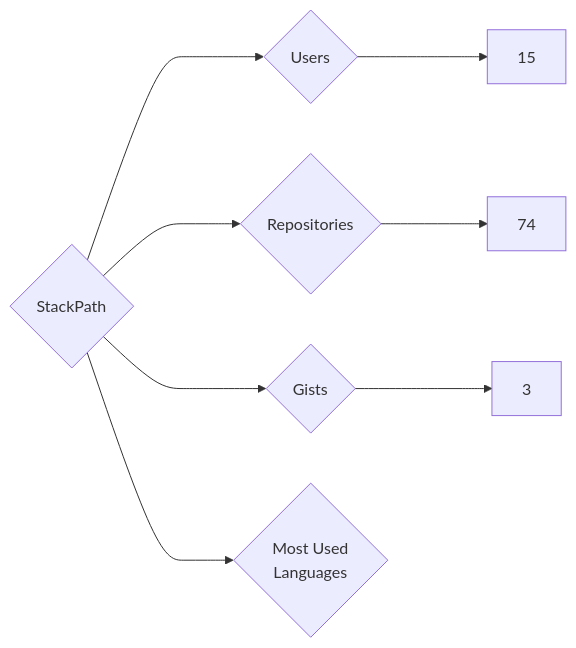
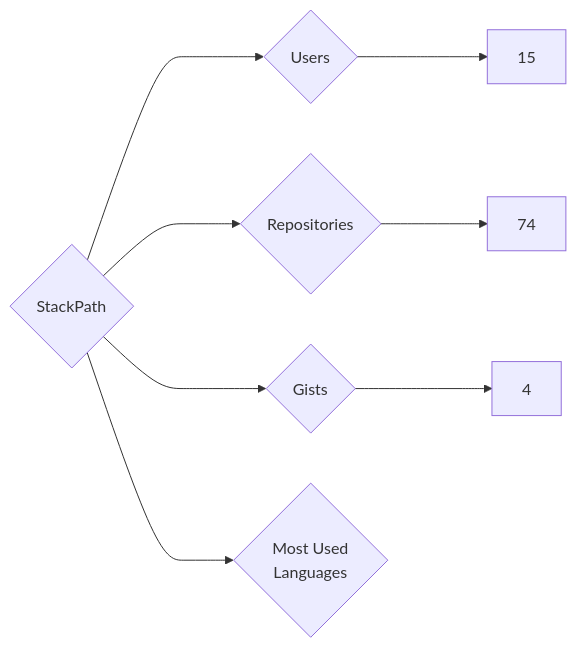
The diagram in targets/StackPath/README.md (nenadzaric/insiders), drawn with Mermaid before and after one commit. The commit also changed 1342 other files, not shown here.

````diff
--- a/targets/StackPath/README.md
+++ b/targets/StackPath/README.md
@@ -3,8 +3,8 @@
 ```mermaid
 graph LR
 COMPANY_NAME{StackPath}
 COMPANY_NAME ---> U{Users} ---> UN[15]
 COMPANY_NAME ---> R{Repositories} ---> RN[74]
-COMPANY_NAME ---> G{Gists} ---> GN[3]
+COMPANY_NAME ---> G{Gists} ---> GN[4]
 COMPANY_NAME ---> ML{Most Used<br>Languages}
 ```
````
